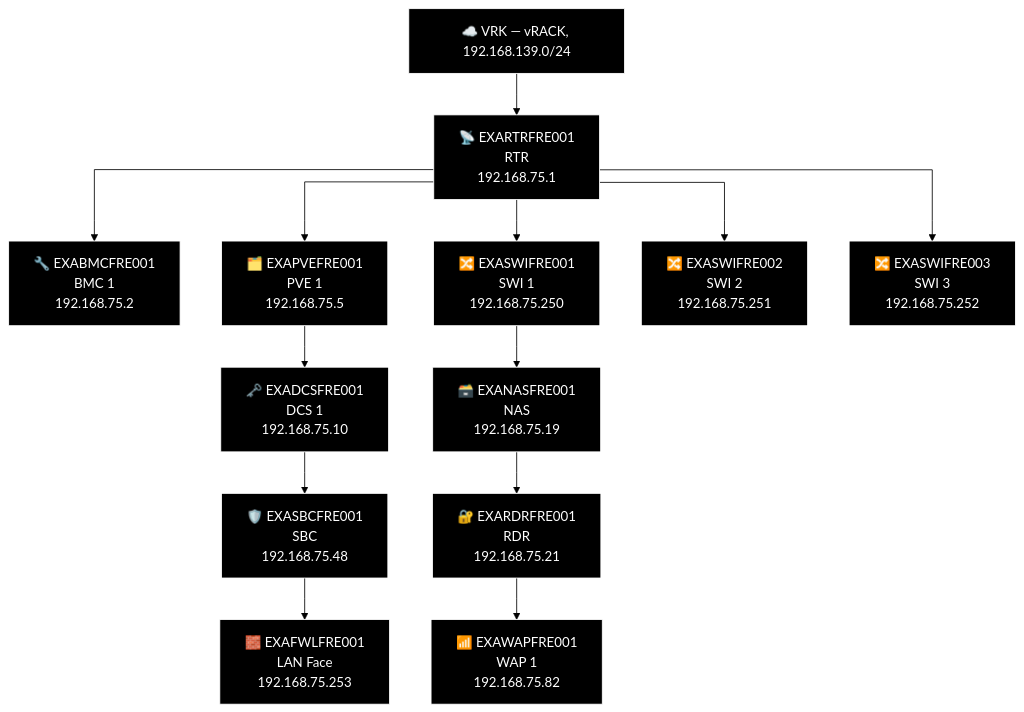
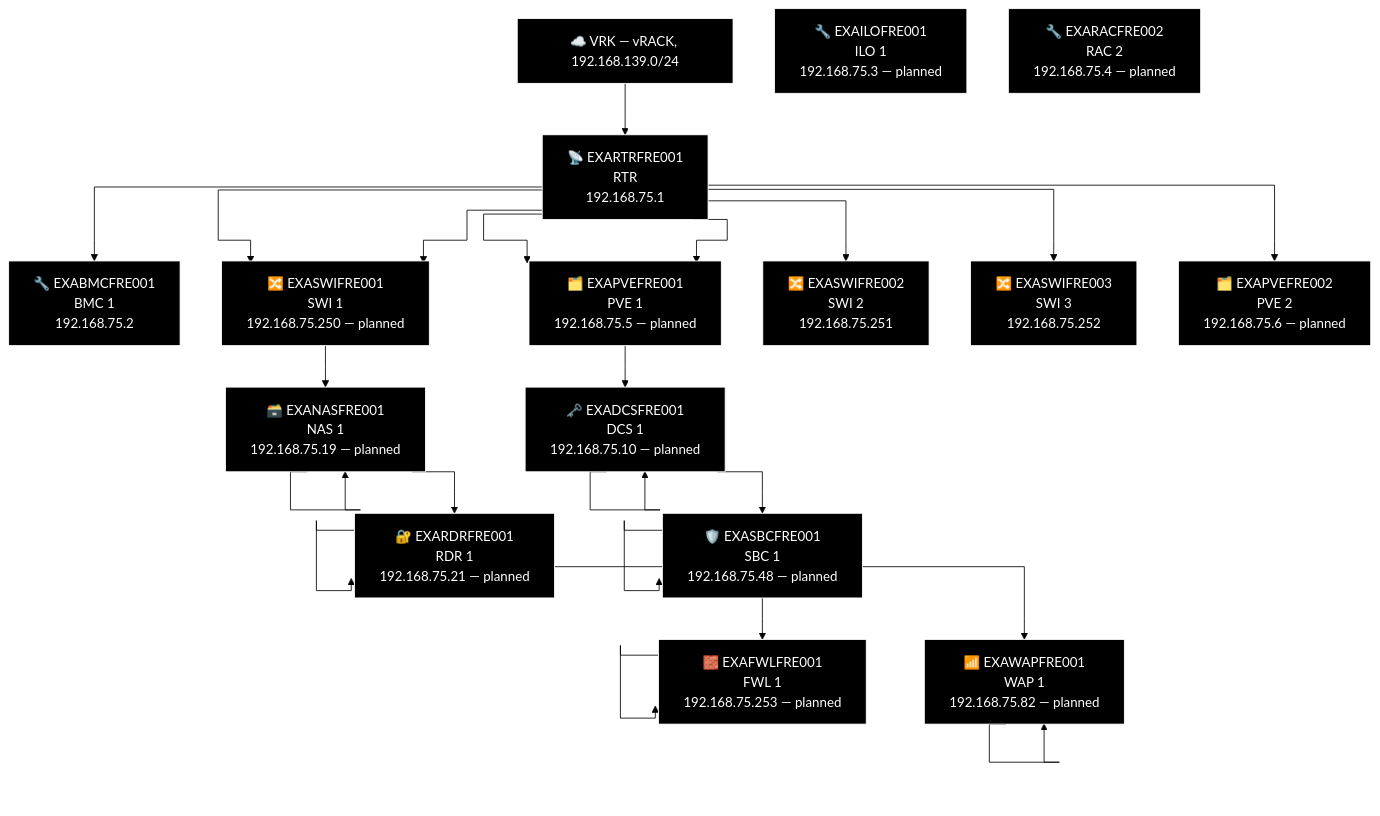
Diagram 19 of 23 in docs/network-diagram/danmark.md (knightmare2600/example_music_infra), drawn with Mermaid (forest theme) before and after one commit. The commit also changed other lines of this file and 10 other files, not shown here.

````diff
--- a/docs/network-diagram/danmark.md
+++ b/docs/network-diagram/danmark.md
@@ -800,40 +800,65 @@
 ```mermaid
 %% GENERATED:TOPOLOGY:FRE:START
 %%{init: {'flowchart': {'curve': 'stepAfter'}}}%%
 graph TD
     T_VRK["☁️ VRK — vRACK, 192.168.139.0/24"]
     T_RTR["📡 EXARTRFRE001<br/>RTR<br/>192.168.75.1"]
     T_VRK --> T_RTR
     T_BMC["🔧 EXABMCFRE001<br/>BMC 1<br/>192.168.75.2"]
     T_RTR --> T_BMC
     T_PVE["🗂️ EXAPVEFRE001<br/>PVE 1<br/>192.168.75.5"]
     T_RTR --> T_PVE
     T_SWI["🔀 EXASWIFRE001<br/>SWI 1<br/>192.168.75.250"]
     T_RTR --> T_SWI
     T_SWI2["🔀 EXASWIFRE002<br/>SWI 2<br/>192.168.75.251"]
     T_RTR --> T_SWI2
     T_SWI3["🔀 EXASWIFRE003<br/>SWI 3<br/>192.168.75.252"]
     T_RTR --> T_SWI3
+    T_SWI["🔀 EXASWIFRE001<br/>SWI 1<br/>192.168.75.250 — planned"]
+    T_RTR --> T_SWI
+    T_PVE["🗂️ EXAPVEFRE001<br/>PVE 1<br/>192.168.75.5 — planned"]
+    T_RTR --> T_PVE
+    T_PVE2["🗂️ EXAPVEFRE002<br/>PVE 2<br/>192.168.75.6 — planned"]
+    T_RTR --> T_PVE2
     T_NAS["🗃️ EXANASFRE001<br/>NAS<br/>192.168.75.19"]
+    T_NAS["🗃️ EXANASFRE001<br/>NAS 1<br/>192.168.75.19 — planned"]
     T_RDR["🔐 EXARDRFRE001<br/>RDR<br/>192.168.75.21"]
+    T_RDR["🔐 EXARDRFRE001<br/>RDR 1<br/>192.168.75.21 — planned"]
     T_WAP["📶 EXAWAPFRE001<br/>WAP 1<br/>192.168.75.82"]
-    T_SWI --> T_NAS --> T_RDR --> T_WAP
+    T_WAP["📶 EXAWAPFRE001<br/>WAP 1<br/>192.168.75.82 — planned"]
+    T_SWI --> T_NAS --> T_NAS --> T_RDR --> T_RDR --> T_WAP --> T_WAP
     T_DCS["🗝️ EXADCSFRE001<br/>DCS 1<br/>192.168.75.10"]
+    T_DCS["🗝️ EXADCSFRE001<br/>DCS 1<br/>192.168.75.10 — planned"]
     T_SBC["🛡️ EXASBCFRE001<br/>SBC<br/>192.168.75.48"]
+    T_SBC["🛡️ EXASBCFRE001<br/>SBC 1<br/>192.168.75.48 — planned"]
     T_FWL["🧱 EXAFWLFRE001<br/>LAN Face<br/>192.168.75.253"]
-    T_PVE --> T_DCS --> T_SBC --> T_FWL
+    T_FWL["🧱 EXAFWLFRE001<br/>FWL 1<br/>192.168.75.253 — planned"]
+    T_PVE --> T_DCS --> T_DCS --> T_SBC --> T_SBC --> T_FWL --> T_FWL
+    T_ILO["🔧 EXAILOFRE001<br/>ILO 1<br/>192.168.75.3 — planned"]
+    T_RAC["🔧 EXARACFRE002<br/>RAC 2<br/>192.168.75.4 — planned"]
     style T_VRK fill:#000000,stroke:#FFFFFF,color:#FFFFFF
     style T_RTR fill:#000000,stroke:#FFFFFF,color:#FFFFFF
     style T_BMC fill:#000000,stroke:#FFFFFF,color:#FFFFFF
     style T_PVE fill:#000000,stroke:#FFFFFF,color:#FFFFFF
     style T_SWI fill:#000000,stroke:#FFFFFF,color:#FFFFFF
     style T_SWI2 fill:#000000,stroke:#FFFFFF,color:#FFFFFF
     style T_SWI3 fill:#000000,stroke:#FFFFFF,color:#FFFFFF
+    style T_SWI fill:#000000,stroke:#FFFFFF,color:#FFFFFF
+    style T_PVE fill:#000000,stroke:#FFFFFF,color:#FFFFFF
+    style T_PVE2 fill:#000000,stroke:#FFFFFF,color:#FFFFFF
+    style T_NAS fill:#000000,stroke:#FFFFFF,color:#FFFFFF
     style T_NAS fill:#000000,stroke:#FFFFFF,color:#FFFFFF
     style T_RDR fill:#000000,stroke:#FFFFFF,color:#FFFFFF
+    style T_RDR fill:#000000,stroke:#FFFFFF,color:#FFFFFF
+    style T_WAP fill:#000000,stroke:#FFFFFF,color:#FFFFFF
     style T_WAP fill:#000000,stroke:#FFFFFF,color:#FFFFFF
     style T_DCS fill:#000000,stroke:#FFFFFF,color:#FFFFFF
+    style T_DCS fill:#000000,stroke:#FFFFFF,color:#FFFFFF
+    style T_SBC fill:#000000,stroke:#FFFFFF,color:#FFFFFF
     style T_SBC fill:#000000,stroke:#FFFFFF,color:#FFFFFF
     style T_FWL fill:#000000,stroke:#FFFFFF,color:#FFFFFF
+    style T_FWL fill:#000000,stroke:#FFFFFF,color:#FFFFFF
+    style T_ILO fill:#000000,stroke:#FFFFFF,color:#FFFFFF
+    style T_RAC fill:#000000,stroke:#FFFFFF,color:#FFFFFF
 %% GENERATED:TOPOLOGY:FRE:END
 ```
````
